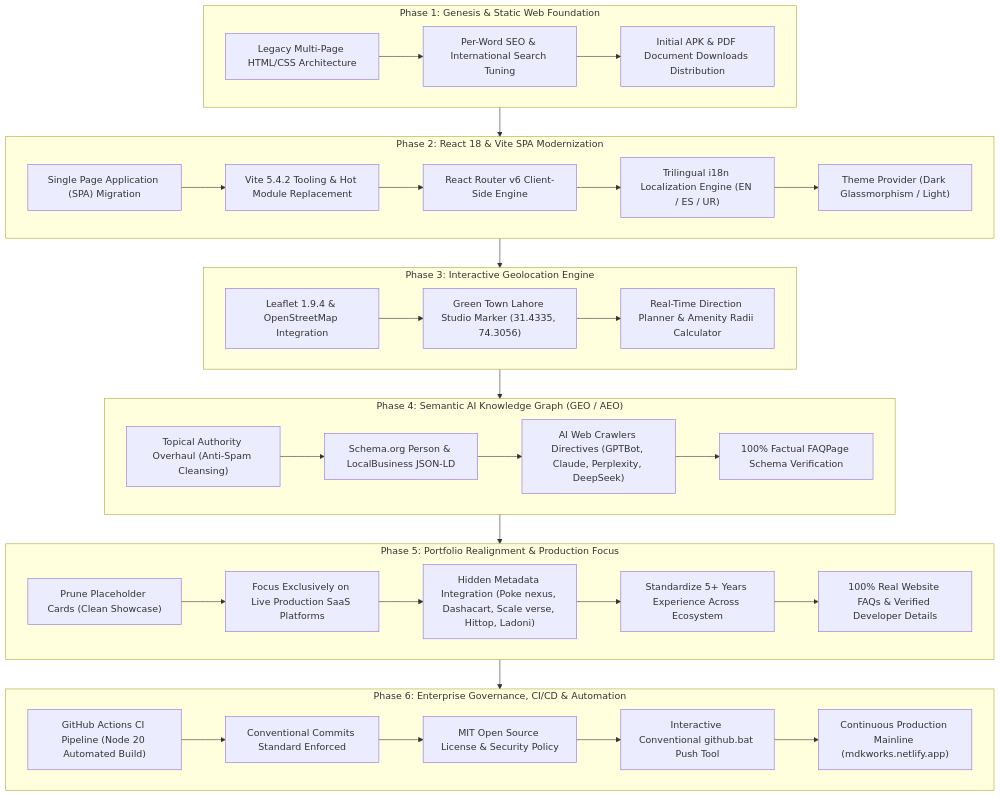
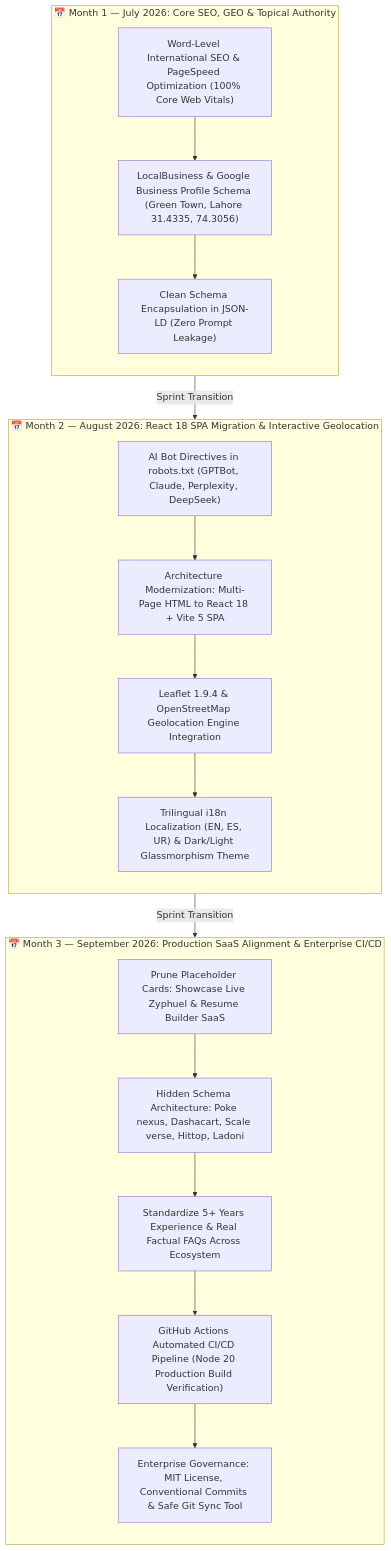
The second of 2 diagrams in PROJECT_DOCUMENTATION.md (daniyal44/MDK), drawn with Mermaid before and after one commit. The commit also changed other lines of this file and 1 other file, not shown here.

Commit message:
docs(readme): restructure evolution diagrams into yearly engineering roadmap and monthly codebase sprints
- Replace phase graph with Yearly Engineering Evolution (2021-2026) flowchart
- Add Monthly Codebase Sprint & Evolution Graph (July-September 2026)
- Add Monthly Sprint Breakdown table mapping commits to deliverable impacts
- Synchronize PROJECT_DOCUMENTATION.md with new yearly and monthly timeline

````diff
--- a/PROJECT_DOCUMENTATION.md
+++ b/PROJECT_DOCUMENTATION.md
@@ -24,45 +35,32 @@
 ```mermaid
 flowchart TD
-    subgraph Phase1["Phase 1: Genesis & Static Web Foundation"]
-        A1["Legacy Multi-Page HTML/CSS Architecture"] --> A2["Per-Word SEO & International Search Tuning"]
-        A2 --> A3["Initial APK & PDF Document Downloads Distribution"]
+    subgraph M1["📅 Month 1 — July 2026: Core SEO, GEO & Topical Authority"]
+        direction TB
+        J1["Word-Level International SEO & PageSpeed Optimization (100% Core Web Vitals)"]
+        J2["LocalBusiness & Google Business Profile Schema (Green Town, Lahore 31.4335, 74.3056)"]
+        J3["Clean Schema Encapsulation in JSON-LD (Zero Prompt Leakage)"]
+        J1 --> J2 --> J3
     end
 
-    subgraph Phase2["Phase 2: React 18 & Vite SPA Modernization"]
-        B1["Single Page Application (SPA) Migration"] --> B2["Vite 5.4.2 Tooling & Hot Module Replacement"]
-        B2 --> B3["React Router v6 Client-Side Engine"]
-        B3 --> B4["Trilingual i18n Localization Engine (EN / ES / UR)"]
-        B4 --> B5["Theme Provider (Dark Glassmorphism / Light)"]
+    subgraph M2["📅 Month 2 — August 2026: React 18 SPA Migration & Interactive Geolocation"]
+        direction TB
+        A1["AI Bot Directives in robots.txt (GPTBot, Claude, Perplexity, DeepSeek)"]
+        A2["Architecture Modernization: Multi-Page HTML to React 18 + Vite 5 SPA"]
+        A3["Leaflet 1.9.4 & OpenStreetMap Geolocation Engine Integration"]
+        A4["Trilingual i18n Localization (EN, ES, UR) & Dark/Light Glassmorphism Theme"]
+        A1 --> A2 --> A3 --> A4
     end
 
-    subgraph Phase3["Phase 3: Interactive Geolocation Engine"]
-        C1["Leaflet 1.9.4 & OpenStreetMap Integration"] --> C2["Green Town Lahore Studio Marker (31.4335, 74.3056)"]
-        C2 --> C3["Real-Time Direction Planner & Amenity Radii Calculator"]
+    subgraph M3["📅 Month 3 — September 2026: Production SaaS Alignment & Enterprise CI/CD"]
+        direction TB
+        S1["Prune Placeholder Cards: Showcase Live Zyphuel & Resume Builder SaaS"]
+        S2["Hidden Schema Architecture: Poke nexus, Dashacart, Scale verse, Hittop, Ladoni"]
+        S3["Standardize 5+ Years Experience & Real Factual FAQs Across Ecosystem"]
+        S4["GitHub Actions Automated CI/CD Pipeline (Node 20 Production Build Verification)"]
+        S5["Enterprise Governance: MIT License, Conventional Commits & Safe Git Sync Tool"]
+        S1 --> S2 --> S3 --> S4 --> S5
     end
 
-    subgraph Phase4["Phase 4: Semantic AI Knowledge Graph (GEO / AEO)"]
-        D1["Topical Authority Overhaul (Anti-Spam Cleansing)"] --> D2["Schema.org Person & LocalBusiness JSON-LD"]
-        D2 --> D3["AI Web Crawlers Directives (GPTBot, Claude, Perplexity, DeepSeek)"]
-        D3 --> D4["100% Factual FAQPage Schema Verification"]
-    end
-
-    subgraph Phase5["Phase 5: Portfolio Realignment & Production Focus"]
-        E1["Prune Placeholder Cards (Clean Showcase)"] --> E2["Focus Exclusively on Live Production SaaS Platforms"]
-        E2 --> E3["Hidden Metadata Integration (Poke nexus, Dashacart, Scale verse, Hittop, Ladoni)"]
-        E3 --> E4["Standardize 5+ Years Experience Across Ecosystem"]
-        E4 --> E5["100% Real Website FAQs & Verified Developer Details"]
-    end
-
-    subgraph Phase6["Phase 6: Enterprise Governance, CI/CD & Automation"]
-        F1["GitHub Actions CI Pipeline (Node 20 Automated Build)"] --> F2["Conventional Commits Standard Enforced"]
-        F2 --> F3["MIT Open Source License & Security Policy"]
-        F3 --> F4["Interactive Conventional github.bat Push Tool"]
-        F4 --> F5["Continuous Production Mainline (mdkworks.netlify.app)"]
-    end
-
-    Phase1 --> Phase2
-    Phase2 --> Phase3
-    Phase3 --> Phase4
-    Phase4 --> Phase5
-    Phase5 --> Phase6
+    M1 -->|"Sprint Transition"| M2
+    M2 -->|"Sprint Transition"| M3
 ```
````
